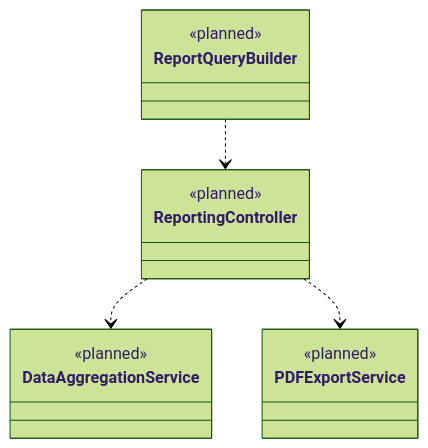
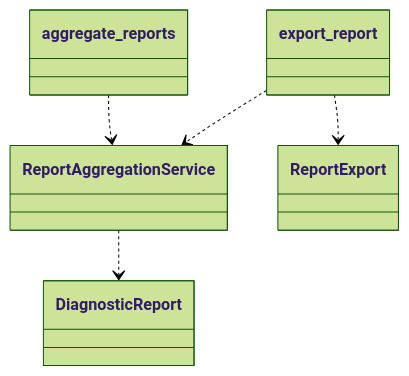
One commit to DymNomZ/TBXR changed the diagram in documentation/class diagrams/4.3_Class Diagram.md. Above: the diagram before and after it, drawn with Mermaid (forest theme). The commit also changed 24 other files, not shown here.

````diff
--- a/documentation/class diagrams/4.3_Class Diagram.md
+++ b/documentation/class diagrams/4.3_Class Diagram.md
@@ -1,11 +1,13 @@
 ```mermaid
 classDiagram
-    class ReportQueryBuilder <<planned>>
-    class ReportingController <<planned>>
-    class DataAggregationService <<planned>>
-    class PDFExportService <<planned>>
+    class aggregate_reports
+    class export_report
+    class ReportAggregationService
+    class ReportExport
+    class DiagnosticReport
 
-    ReportQueryBuilder ..> ReportingController
-    ReportingController ..> DataAggregationService
-    ReportingController ..> PDFExportService
+    aggregate_reports ..> ReportAggregationService
+    export_report ..> ReportAggregationService
+    export_report ..> ReportExport
+    ReportAggregationService ..> DiagnosticReport
 ```
````
